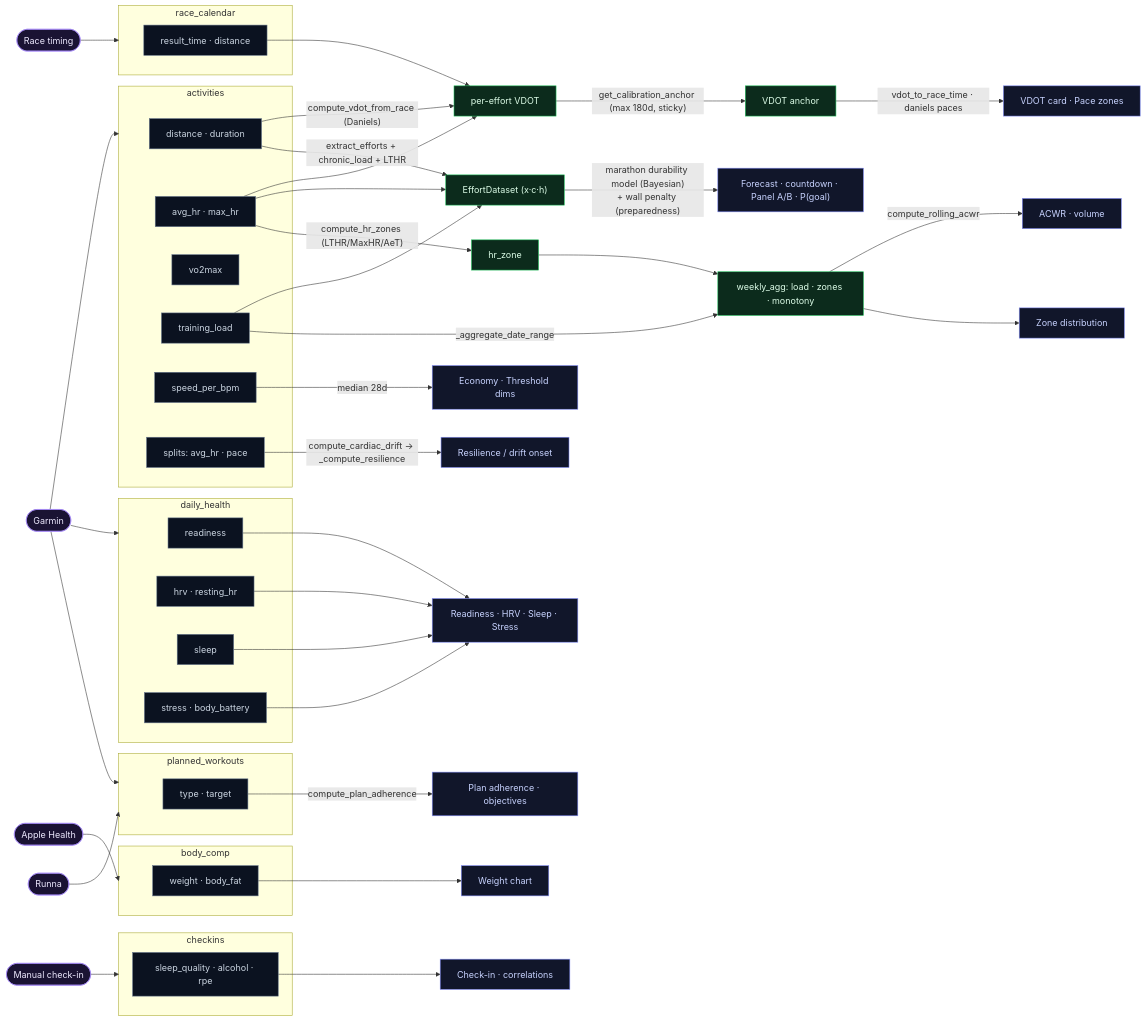
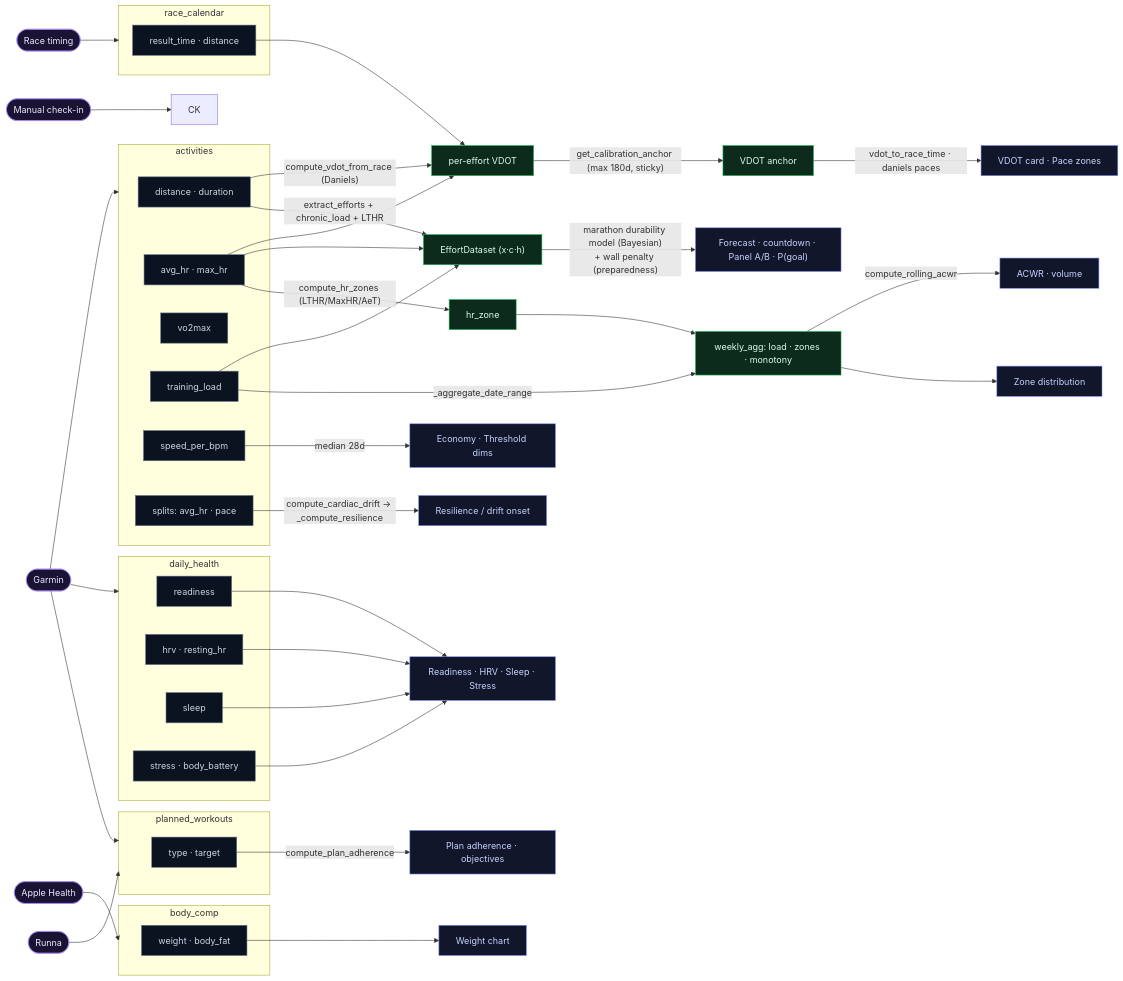
The first of 6 diagrams in docs/DATA_LINEAGE.md (BigCrunsh/fit), drawn with Mermaid before and after one commit. The commit also changed other lines of this file and 41 other files, not shown here.

````diff
--- a/docs/DATA_LINEAGE.md
+++ b/docs/DATA_LINEAGE.md
@@ -40,72 +40,68 @@
 ```mermaid
 flowchart LR
   classDef prov fill:#1a1333,stroke:#a78bfa,color:#ede9fe
   classDef col fill:#0b1220,stroke:#64748b,color:#cbd5e1
   classDef fn fill:#0c2b1c,stroke:#22c55e,color:#dcfce7
   classDef met fill:#11162a,stroke:#818cf8,color:#c7d2fe
 
   GAR(["Garmin"]):::prov
   APP(["Apple Health"]):::prov
   MAN(["Manual check-in"]):::prov
   RACE(["Race timing"]):::prov
   RUN(["Runna"]):::prov
 
   subgraph ACT["activities"]
     a_d["distance · duration"]:::col
     a_hr["avg_hr · max_hr"]:::col
     a_vo2["vo2max"]:::col
     a_tl["training_load"]:::col
     a_spb["speed_per_bpm"]:::col
     a_spl["splits: avg_hr · pace"]:::col
   end
   subgraph DH["daily_health"]
     d_rdy["readiness"]:::col
     d_hrv["hrv · resting_hr"]:::col
     d_slp["sleep"]:::col
     d_str["stress · body_battery"]:::col
   end
   subgraph BC["body_comp"]
     b_w["weight · body_fat"]:::col
-  end
-  subgraph CK["checkins"]
-    c_sq["sleep_quality · alcohol · rpe"]:::col
   end
   subgraph RC["race_calendar"]
     r_t["result_time · distance"]:::col
   end
   subgraph PW["planned_workouts"]
     p_t["type · target"]:::col
   end
 
   GAR --> ACT
   GAR --> DH
   GAR --> PW
   APP --> BC
   MAN --> CK
   RACE --> RC
   RUN --> PW
 
   a_d -->|"compute_vdot_from_race (Daniels)"| VDOTp["per-effort VDOT"]:::fn
   a_hr --> VDOTp
   r_t --> VDOTp
   VDOTp -->|"get_calibration_anchor (max 180d, sticky)"| ANCH["VDOT anchor"]:::fn
   ANCH -->|"vdot_to_race_time · daniels paces"| M_VDOT["VDOT card · Pace zones"]:::met
   a_d -->|"extract_efforts + chronic_load + LTHR"| EFF["EffortDataset (x·c·h)"]:::fn
   a_hr --> EFF
   a_tl --> EFF
   EFF -->|"marathon durability model (Bayesian)<br/>+ wall penalty (preparedness)"| M_FC["Forecast · countdown · Panel A/B · P(goal)"]:::met
   a_tl -->|"_aggregate_date_range"| WK["weekly_agg: load · zones · monotony"]:::fn
   a_hr -->|"compute_hr_zones (LTHR/MaxHR/AeT)"| HZ["hr_zone"]:::fn
   HZ --> WK
   WK -->|"compute_rolling_acwr"| M_ACWR["ACWR · volume"]:::met
   WK --> M_ZONE["Zone distribution"]:::met
   a_spl -->|"compute_cardiac_drift → _compute_resilience"| M_RES["Resilience / drift onset"]:::met
   a_spb -->|"median 28d"| M_ECO["Economy · Threshold dims"]:::met
   d_rdy --> M_REC["Readiness · HRV · Sleep · Stress"]:::met
   d_hrv --> M_REC
   d_slp --> M_REC
   d_str --> M_REC
   b_w --> M_W["Weight chart"]:::met
   p_t -->|"compute_plan_adherence"| M_PLAN["Plan adherence · objectives"]:::met
-  c_sq --> M_CK["Check-in · correlations"]:::met
 ```
````
